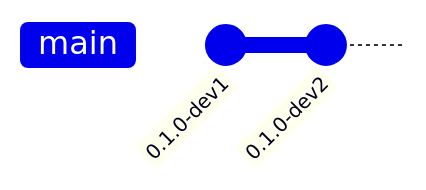
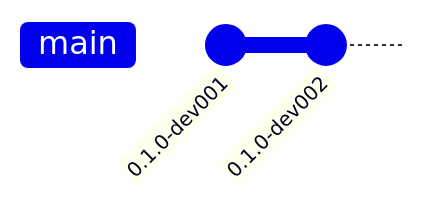
One commit to tomtom-international/commisery-action changed the second of 14 diagrams in docs/sdk-versioning.md. Above: the diagram before and after it, drawn with Mermaid. The commit also changed other lines of this file, not shown here.

````diff
--- a/docs/sdk-versioning.md
+++ b/docs/sdk-versioning.md
@@ -268,5 +268,5 @@
 ```mermaid
 gitGraph
-  commit id: "0.1.0-dev1"
-  commit id: "0.1.0-dev2"
+  commit id: "0.1.0-dev001"
+  commit id: "0.1.0-dev002"
 ```
````
